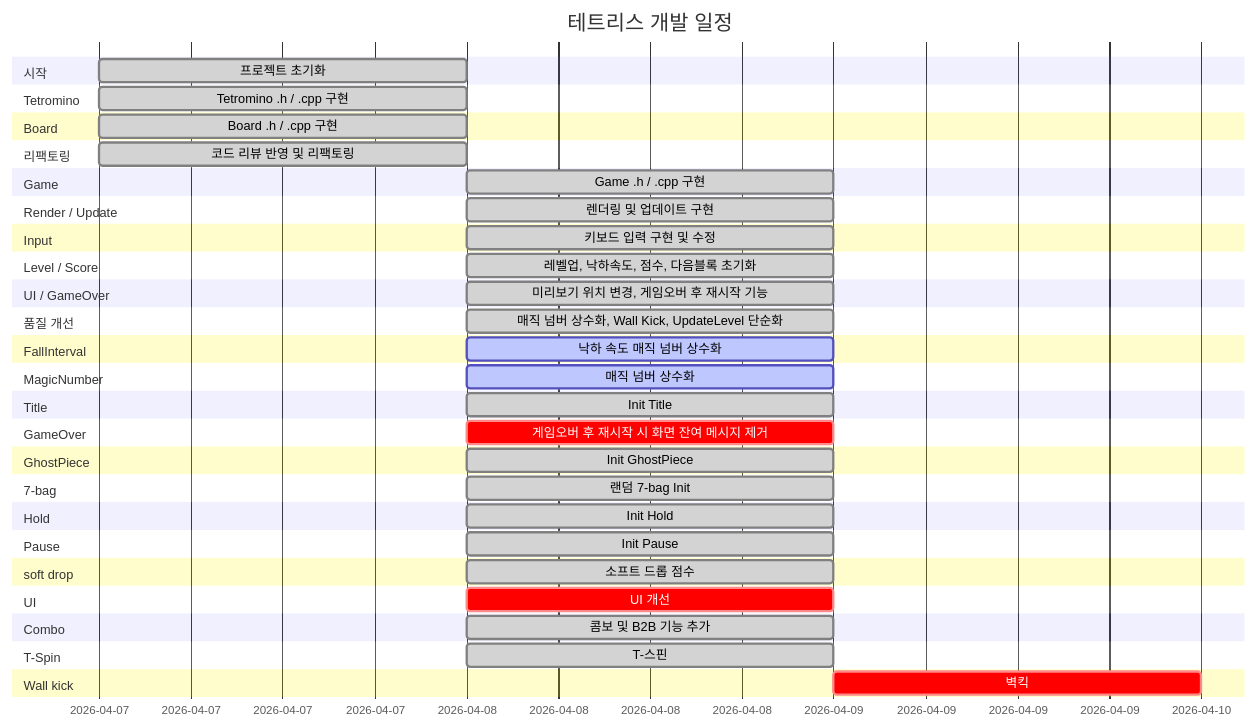
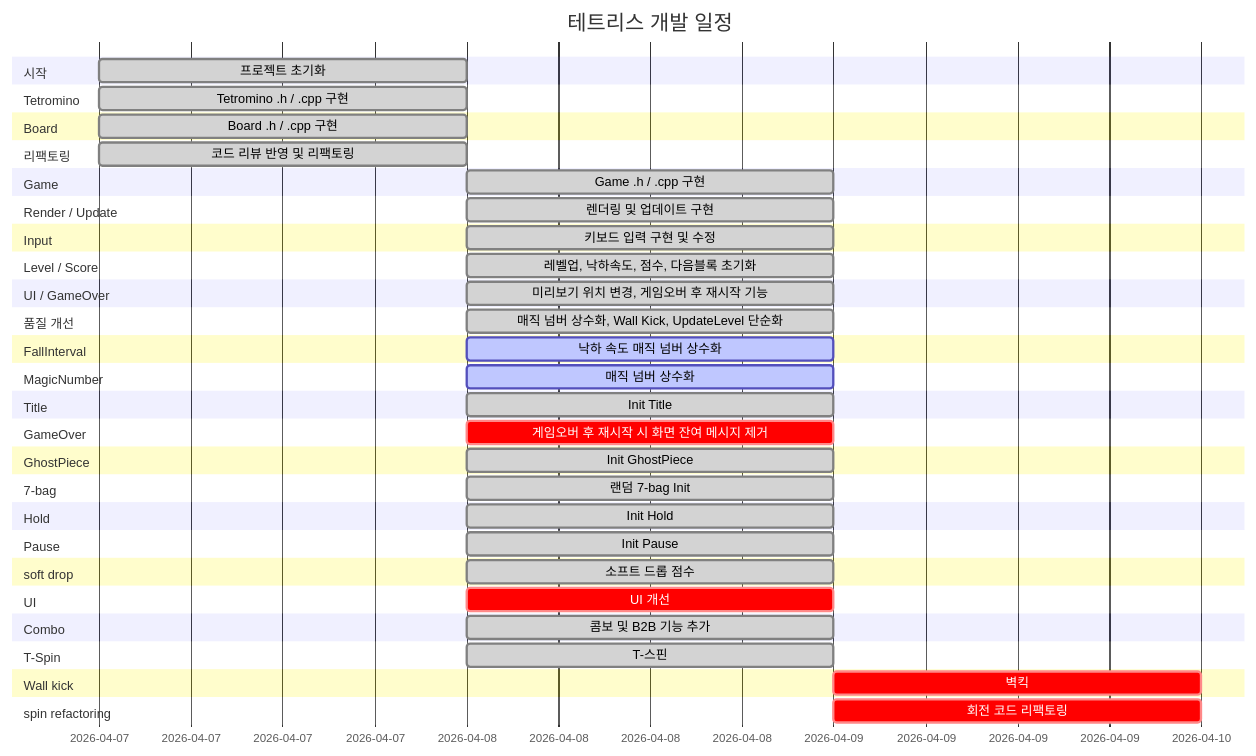
One commit to Chance031/Tetris-cpp changed the diagram in README.md. Above: the diagram before and after it, drawn with Mermaid. The commit also changed other lines of this file, not shown here.

Commit message:
docs: README 자동 업데이트 [skip ci]

````diff
--- a/README.md
+++ b/README.md
@@ -27,51 +27,53 @@
 ```mermaid
 gantt
     title 테트리스 개발 일정
     dateFormat YYYY-MM-DD
     section 시작
         프로젝트 초기화 :done, init, 2026-04-07, 1d
     section Tetromino
         Tetromino .h / .cpp 구현 :done, t16803, 2026-04-07, 1d
     section Board
         Board .h / .cpp 구현 :done, t84048, 2026-04-07, 1d
     section 리팩토링
         코드 리뷰 반영 및 리팩토링 :done, refactor, 2026-04-07, 1d
     section Game
         Game .h / .cpp 구현 :done, t91896, 2026-04-08, 1d
     section Render / Update
         렌더링 및 업데이트 구현 :done, t47867, 2026-04-08, 1d
     section Input
         키보드 입력 구현 및 수정 :done, t8258, 2026-04-08, 1d
     section Level / Score
         레벨업, 낙하속도, 점수, 다음블록 초기화 :done, t44367, 2026-04-08, 1d
     section UI / GameOver
         미리보기 위치 변경, 게임오버 후 재시작 기능 :done, t55123, 2026-04-08, 1d
     section 품질 개선
         매직 넘버 상수화, Wall Kick, UpdateLevel 단순화 :done, t66234, 2026-04-08, 1d
     section FallInterval
         낙하 속도 매직 넘버 상수화 :active, t66782, 2026-04-08, 1d
     section MagicNumber
         매직 넘버 상수화 :active, t23180, 2026-04-08, 1d
     section Title
         Init Title :done, t45140, 2026-04-08, 1d
     section GameOver
         게임오버 후 재시작 시 화면 잔여 메시지 제거 :crit, t96693, 2026-04-08, 1d
     section GhostPiece
         Init GhostPiece :done, t88826, 2026-04-08, 1d
     section 7-bag
         랜덤 7-bag Init :done, t21893, 2026-04-08, 1d
     section Hold
         Init Hold :done, t97044, 2026-04-08, 1d
     section Pause
         Init Pause :done, t97166, 2026-04-08, 1d
     section soft drop
         소프트 드롭 점수 :done, t4875, 2026-04-08, 1d
     section UI
         UI 개선 :crit, t85460, 2026-04-08, 1d
     section Combo
         콤보 및 B2B 기능 추가 :done, t36199, 2026-04-08, 1d
     section T-Spin
         T-스핀 :done, t94811, 2026-04-08, 1d
     section Wall kick
         벽킥 :crit, t77172, 2026-04-09, 1d
+    section spin refactoring
+        회전 코드 리팩토링 :crit, t55626, 2026-04-09, 1d
 ```
````
